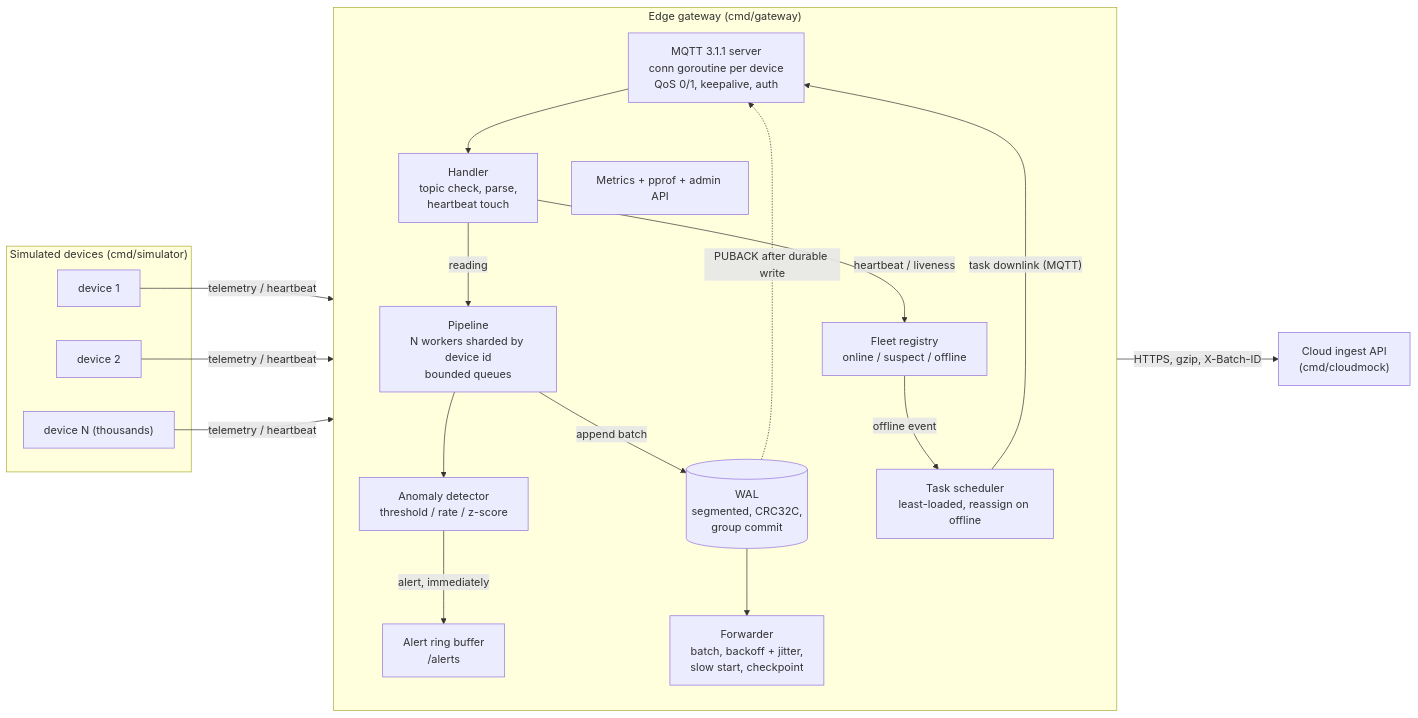
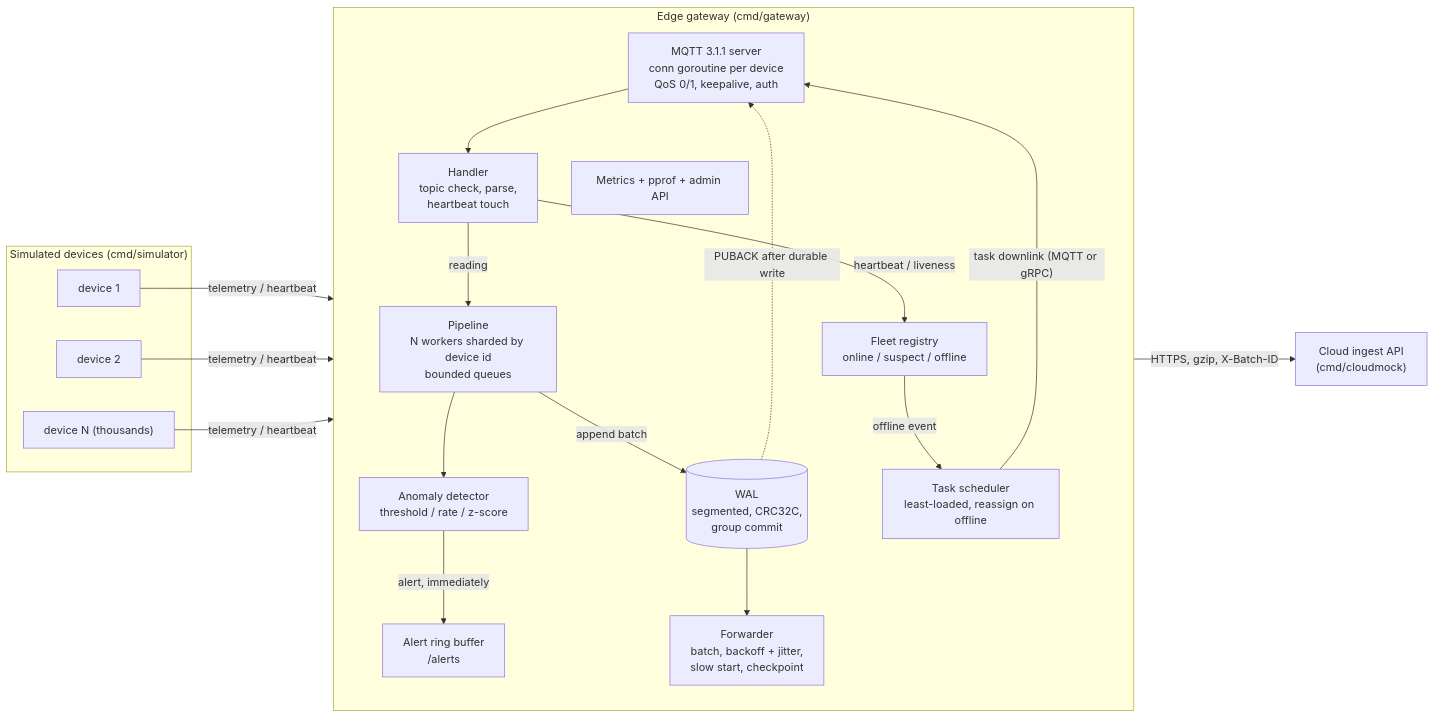
The diagram in docs/ARCHITECTURE.md (monaaoua9/edgemesh), drawn with Mermaid before and after one commit. The commit also changed other lines of this file and 9 other files, not shown here.

Commit message:
grpc: task downlink stream, scheduler falls back to it when MQTT can't reach the device

````diff
--- a/docs/ARCHITECTURE.md
+++ b/docs/ARCHITECTURE.md
@@ -5,38 +5,38 @@
 ```mermaid
 flowchart LR
     subgraph Devices["Simulated devices (cmd/simulator)"]
         D1["device 1"]
         D2["device 2"]
         DN["device N (thousands)"]
     end
 
     subgraph GW["Edge gateway (cmd/gateway)"]
         direction TB
         MQ["MQTT 3.1.1 server<br/>conn goroutine per device<br/>QoS 0/1, keepalive, auth"]
         H["Handler<br/>topic check, parse,<br/>heartbeat touch"]
         P["Pipeline<br/>N workers sharded by device id<br/>bounded queues"]
         AD["Anomaly detector<br/>threshold / rate / z-score"]
         W[("WAL<br/>segmented, CRC32C,<br/>group commit")]
         F["Forwarder<br/>batch, backoff + jitter,<br/>slow start, checkpoint"]
         FR["Fleet registry<br/>online / suspect / offline"]
         SC["Task scheduler<br/>least-loaded, reassign on offline"]
         AL["Alert ring buffer<br/>/alerts"]
         OBS["Metrics + pprof + admin API"]
     end
 
     CL["Cloud ingest API<br/>(cmd/cloudmock)"]
 
     D1 & D2 & DN -- "telemetry / heartbeat" --> MQ
     MQ --> H
     H -- "heartbeat / liveness" --> FR
     H -- "reading" --> P
     P --> AD
     AD -- "alert, immediately" --> AL
     P -- "append batch" --> W
     W -. "PUBACK after durable write" .-> MQ
     W --> F
     F -- "HTTPS, gzip, X-Batch-ID" --> CL
     FR -- "offline event" --> SC
-    SC -- "task downlink (MQTT)" --> MQ
+    SC -- "task downlink (MQTT or gRPC)" --> MQ
     GW --- OBS
 ```
````
